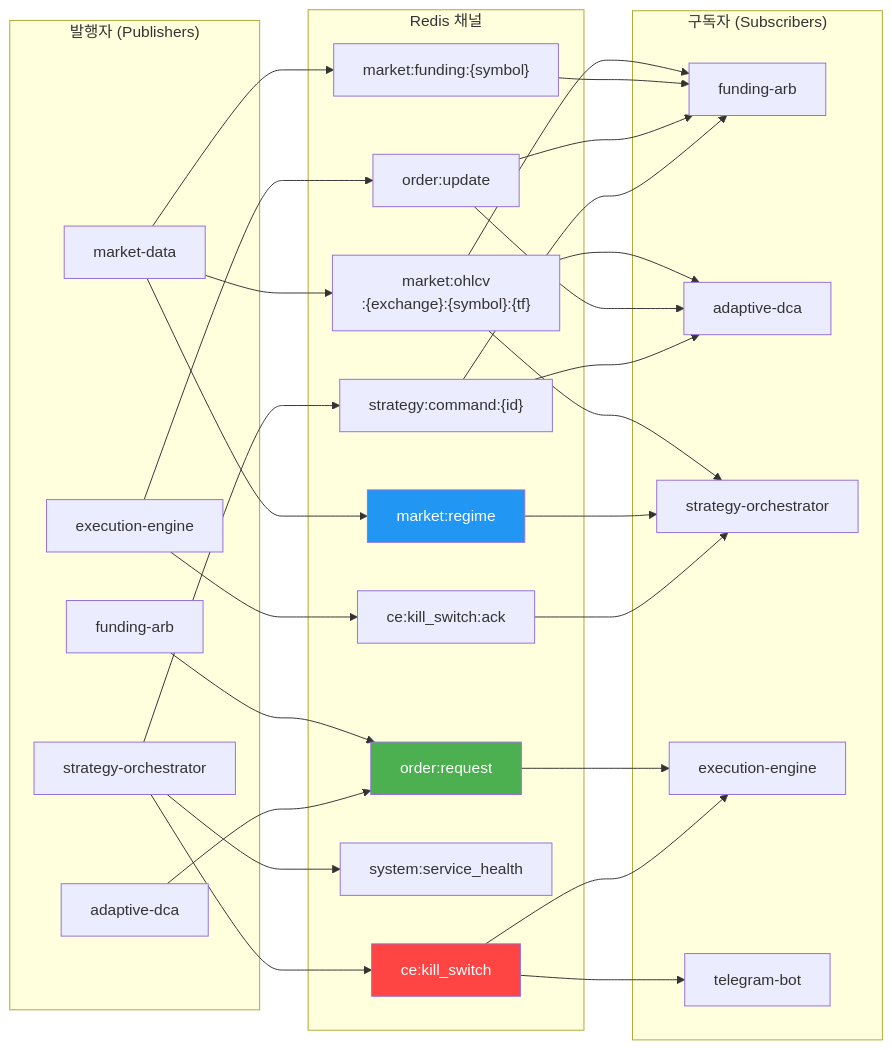
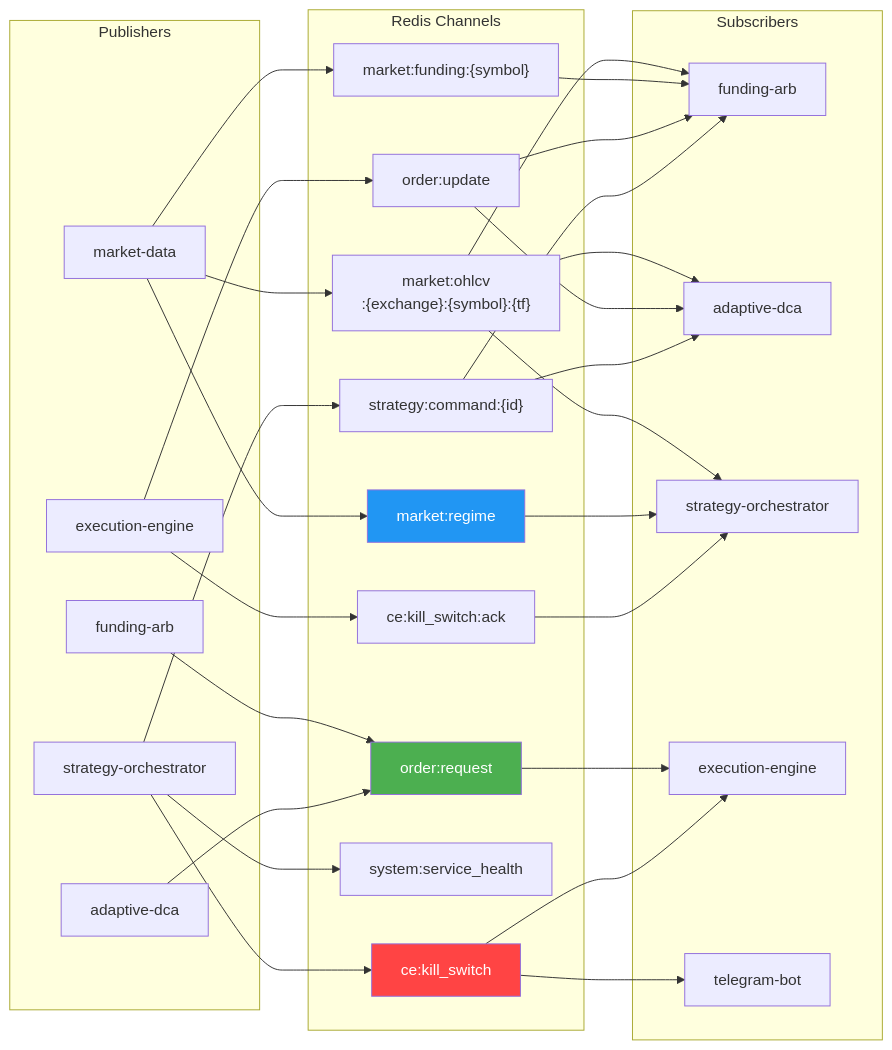
The diagram in cryptoengine/docs/policies/operations/pubsub-channels.md (Justant-source/Bit-Mania), drawn with Mermaid before and after one commit. The commit also changed 25 other files, not shown here.

First line of the commit message:
fix(docs): repair Mermaid diagrams for GitHub rendering (30 files)

````diff
--- a/cryptoengine/docs/policies/operations/pubsub-channels.md
+++ b/cryptoengine/docs/policies/operations/pubsub-channels.md
@@ -19,59 +19,59 @@
 ```mermaid
 graph LR
-    subgraph pub["발행자 (Publishers)"]
+    subgraph pub["Publishers"]
         MD["market-data"]
         FA["funding-arb"]
         DCA["adaptive-dca"]
         ORC["strategy-orchestrator"]
         ENG["execution-engine"]
     end
 
-    subgraph ch["Redis 채널"]
+    subgraph ch["Redis Channels"]
         C1["market:ohlcv\n:{exchange}:{symbol}:{tf}"]
         C2["market:regime"]
         C3["market:funding:{symbol}"]
         C4["order:request"]
         C5["order:update"]
         C6["strategy:command:{id}"]
         C7["ce:kill_switch"]
         C8["system:service_health"]
         C9["ce:kill_switch:ack"]
     end
 
-    subgraph sub["구독자 (Subscribers)"]
+    subgraph sub["Subscribers"]
         FA2["funding-arb"]
         DCA2["adaptive-dca"]
         ORC2["strategy-orchestrator"]
         ENG2["execution-engine"]
         TG["telegram-bot"]
     end
 
     MD --> C1
     MD --> C2
     MD --> C3
     FA --> C4
     DCA --> C4
     ORC --> C6
     ORC --> C7
     ORC --> C8
     ENG --> C5
     ENG --> C9
 
     C1 --> FA2
     C1 --> DCA2
     C1 --> ORC2
     C2 --> ORC2
     C3 --> FA2
     C4 --> ENG2
     C5 --> FA2
     C5 --> DCA2
     C6 --> FA2
     C6 --> DCA2
     C7 --> ENG2
     C7 --> TG
     C9 --> ORC2
 
     style C7 fill:#ff4444,color:#fff
     style C4 fill:#4caf50,color:#fff
     style C2 fill:#2196f3,color:#fff
 ```
````
